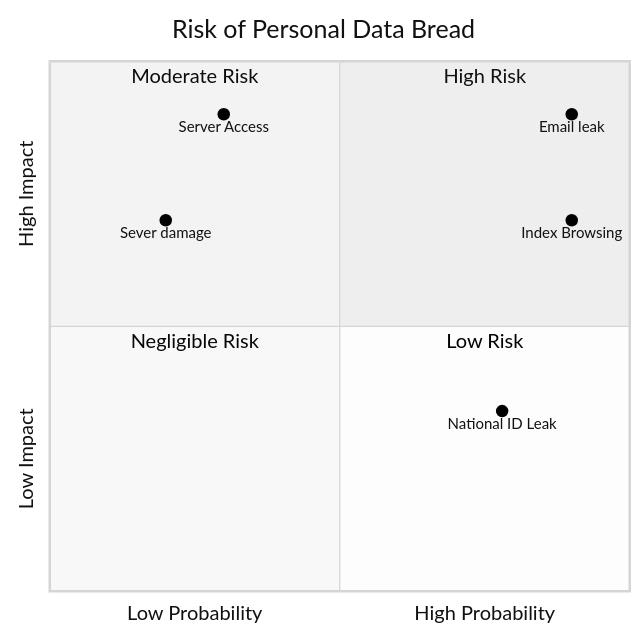
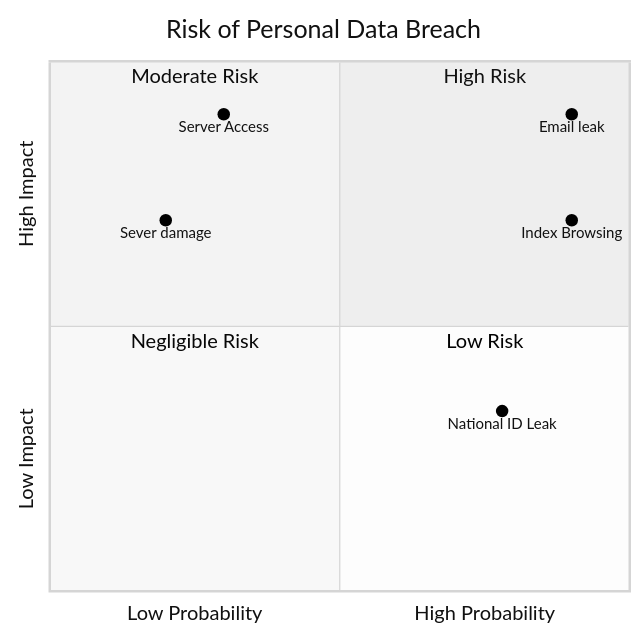
One commit to Kietpawpan/pdpa changed the fourth of 4 diagrams in README.md. Above: the diagram before and after it, drawn with Mermaid (neutral theme).

````diff
--- a/README.md
+++ b/README.md
@@ -87,15 +87,15 @@
 ```mermaid
 quadrantChart
-    title Risk of Personal Data Bread
+    title Risk of Personal Data Breach
     x-axis Low Probability --> High Probability
     y-axis Low Impact --> High Impact
     quadrant-1 High Risk
     quadrant-2 Moderate Risk
     quadrant-3 Negligible Risk
     quadrant-4 Low Risk
 	Server Access: [0.3, 0.9]
     	Email leak: [0.9, 0.9]
     Index Browsing: [0.9, 0.7]
     National ID Leak: [0.78, 0.34]
     Sever damage: [0.2, 0.7]
 ```
````
